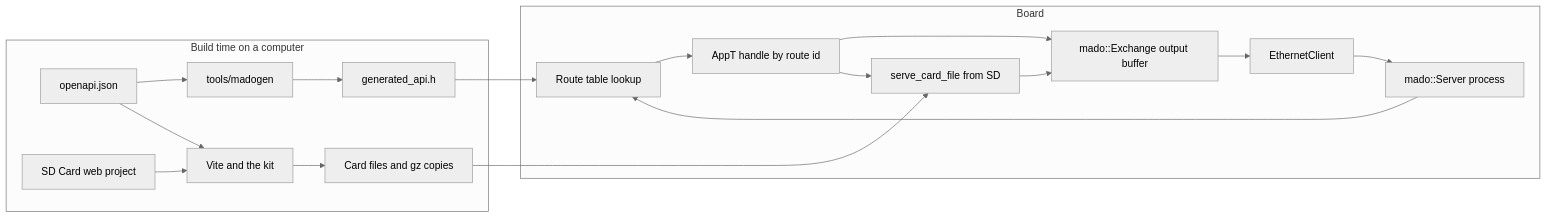
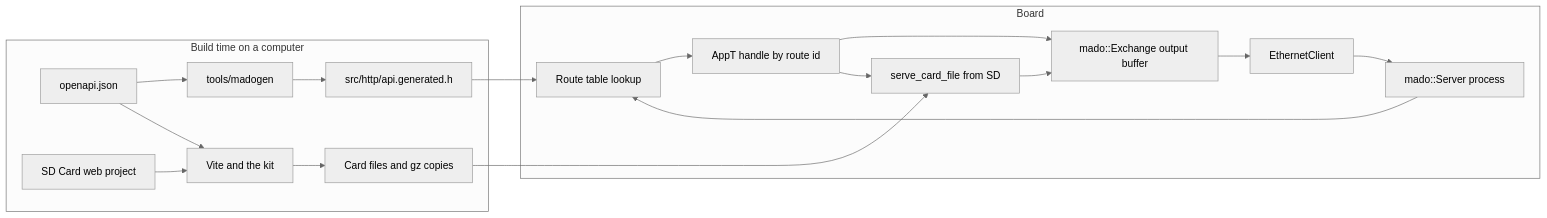
The diagram in README.ja.md (gufranco/madoguchi), drawn with Mermaid (neutral theme) before and after one commit. The commit also changed other lines of this file and 301 other files, not shown here.

````diff
--- a/README.ja.md
+++ b/README.ja.md
@@ -197,21 +199,21 @@
 ```mermaid
 graph LR
     subgraph Build time on a computer
         Spec[openapi.json] --> Gen[tools/madogen]
-        Gen --> Header[generated_api.h]
+        Gen --> Header[src/http/api.generated.h]
         Pages[SD Card web project] --> Vite[Vite and the kit]
         Spec --> Vite
         Vite --> Card[Card files and gz copies]
     end
     subgraph Board
         Client[EthernetClient] --> Server[mado::Server process]
         Server --> Lookup[Route table lookup]
         Lookup --> App[AppT handle by route id]
         App --> Exchange[mado::Exchange output buffer]
         App --> SD[serve_card_file from SD]
         SD --> Exchange
         Exchange --> Client
     end
     Header --> Lookup
     Card --> SD
 ```
````
